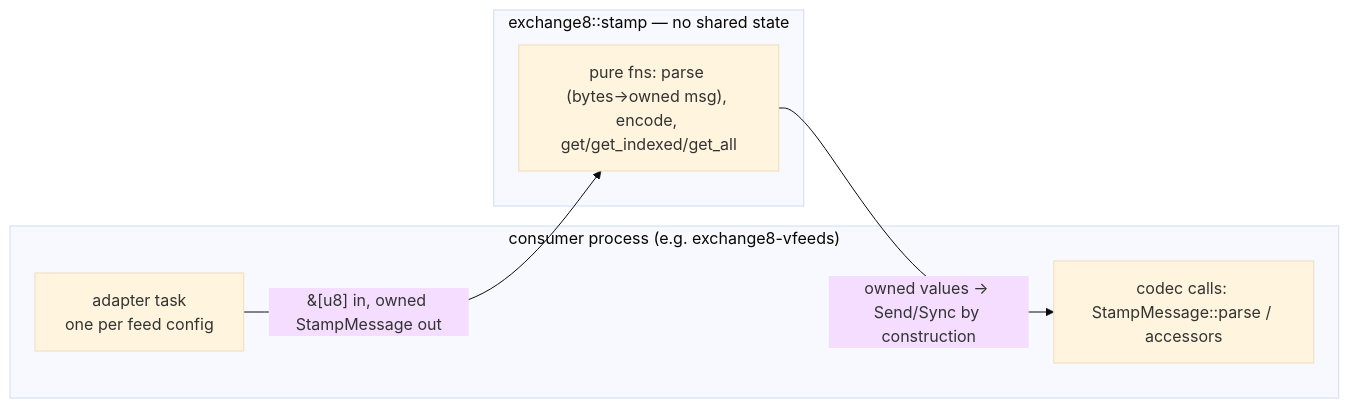
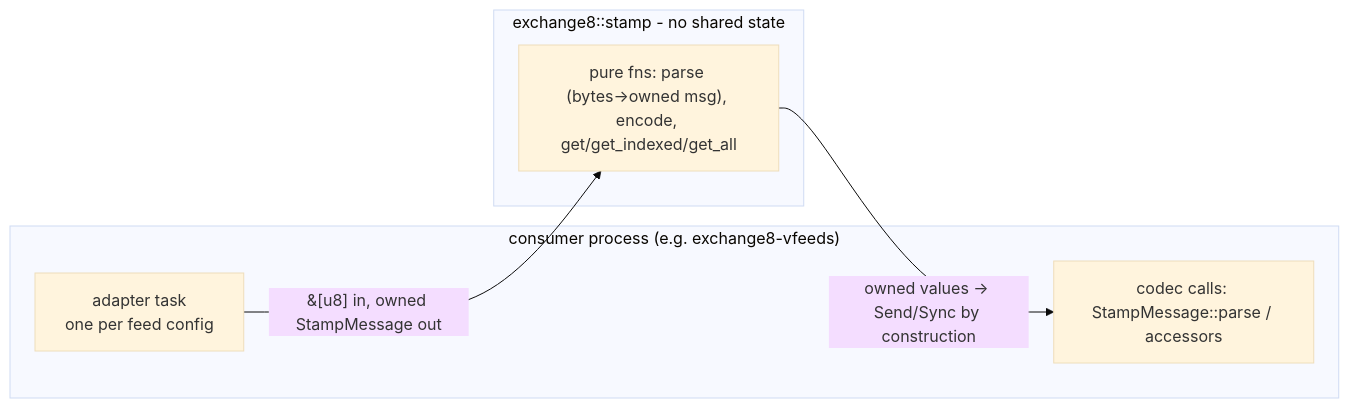
One commit to Exchange8-dev/exchange8-sdk changed the sixth of 7 diagrams in crates/stamp/DESIGN.md. Above: the diagram before and after it, drawn with Mermaid (base theme). The commit also changed other lines of this file and 60 other files, not shown here.

````diff
--- a/crates/stamp/DESIGN.md
+++ b/crates/stamp/DESIGN.md
@@ -269,12 +269,12 @@
 ```mermaid
 graph LR
     subgraph CONSUMER["consumer process (e.g. exchange8-vfeeds)"]
         TA["adapter task<br/>one per feed config"]
         CA["codec calls: StampMessage::parse / accessors"]
     end
-    subgraph LIB["exchange8::stamp — no shared state"]
+    subgraph LIB["exchange8::stamp - no shared state"]
         FN["pure fns: parse (bytes→owned msg), encode, get/get_indexed/get_all"]
     end
     TA -->|"&[u8] in, owned StampMessage out"| FN
     FN -->|"owned values → Send/Sync by construction"| CA
 ```
````
